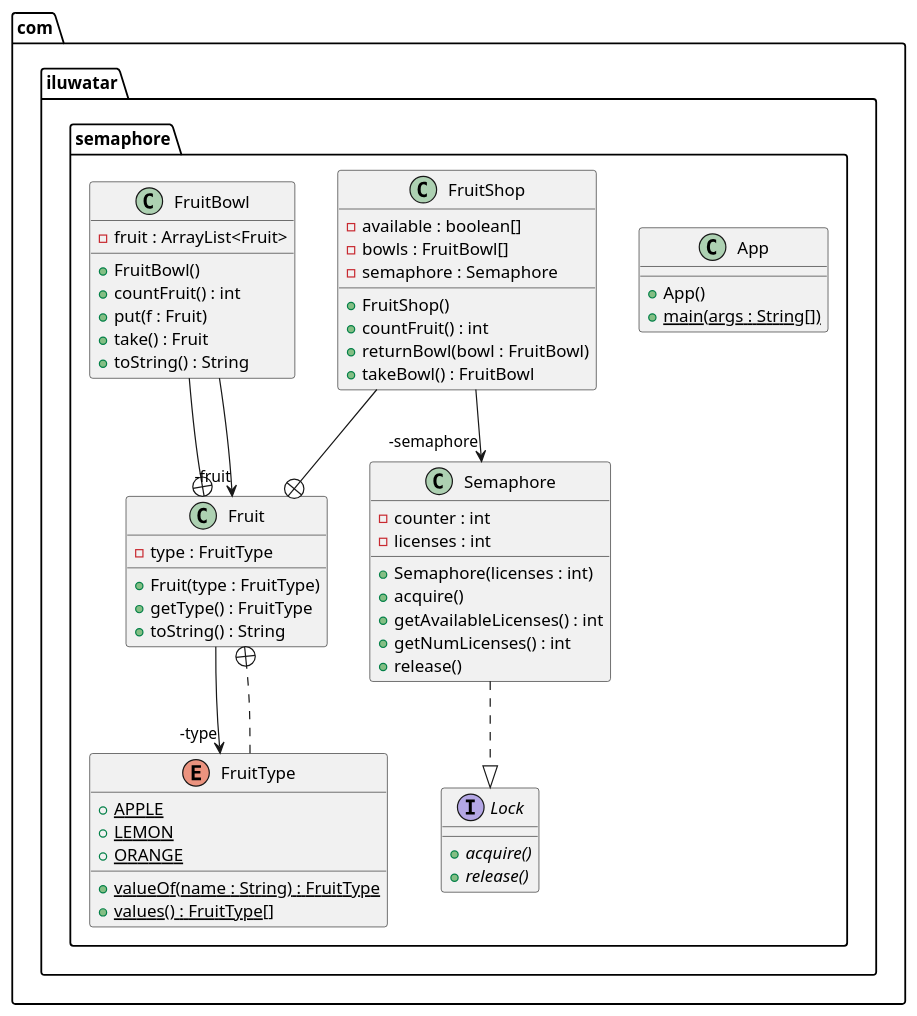
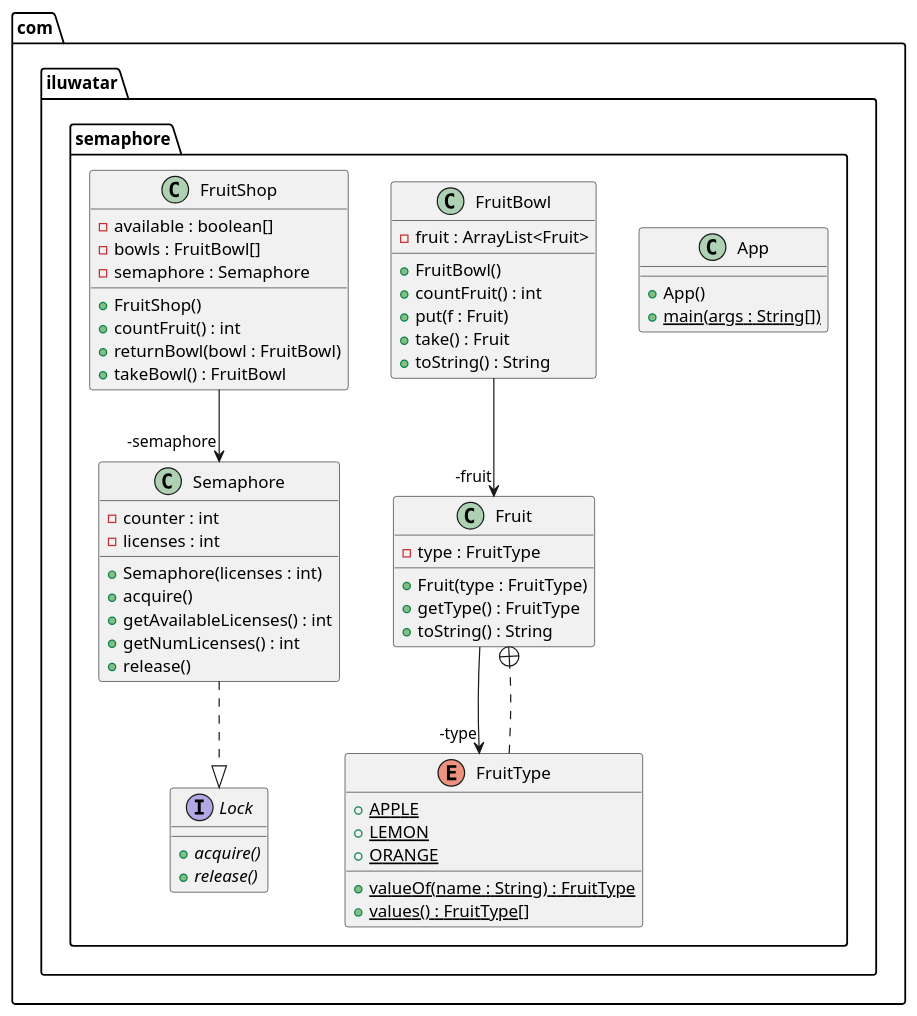
Before and after one commit to NatalieSty/java-design-patterns: the diagram in semaphore/etc/semaphore.urm.puml, drawn with PlantUML. The commit also changed 84 other files, not shown here.

```diff
--- a/semaphore/etc/semaphore.urm.puml
+++ b/semaphore/etc/semaphore.urm.puml
@@ -1,58 +1,56 @@
 @startuml
 package com.iluwatar.semaphore {
+  class App {
+    + App()
+    + main(args : String[]) {static}
+  }
   class Fruit {
     - type : FruitType
     + Fruit(type : FruitType)
     + getType() : FruitType
     + toString() : String
   }
-  class App {
-    + App()
-    + main(args : String[]) {static}
+  enum FruitType {
+    + APPLE {static}
+    + LEMON {static}
+    + ORANGE {static}
+    + valueOf(name : String) : FruitType {static}
+    + values() : FruitType[] {static}
   }
-  class Semaphore {
-    - counter : int
-    - licenses : int
-    + Semaphore(licenses : int)
-    + acquire()
-    + getAvailableLicenses() : int
-    + getNumLicenses() : int
-    + release()
+  class FruitBowl {
+    - fruit : ArrayList<Fruit>
+    + FruitBowl()
+    + countFruit() : int
+    + put(f : Fruit)
+    + take() : Fruit
+    + toString() : String
   }
   class FruitShop {
     - available : boolean[]
     - bowls : FruitBowl[]
     - semaphore : Semaphore
     + FruitShop()
     + countFruit() : int
     + returnBowl(bowl : FruitBowl)
     + takeBowl() : FruitBowl
   }
   interface Lock {
     + acquire() {abstract}
     + release() {abstract}
   }
-  class FruitBowl {
-    - fruit : ArrayList<Fruit>
-    + FruitBowl()
-    + countFruit() : int
-    + put(f : Fruit)
-    + take() : Fruit
-    + toString() : String
-  }
-  enum FruitType {
-    + APPLE {static}
-    + LEMON {static}
-    + ORANGE {static}
-    + valueOf(name : String) : FruitType {static}
-    + values() : FruitType[] {static}
+  class Semaphore {
+    - counter : int
+    - licenses : int
+    + Semaphore(licenses : int)
+    + acquire()
+    + getAvailableLicenses() : int
+    + getNumLicenses() : int
+    + release()
   }
 }
-FruitShop --+ Fruit
 Fruit -->  "-type" FruitType
 FruitType ..+ Fruit
-FruitBowl --+ Fruit
+FruitShop -->  "-semaphore" Semaphore
 FruitBowl -->  "-fruit" Fruit
-FruitShop -->  "-semaphore" Semaphore
 Semaphore ..|> Lock 
 @enduml
```
